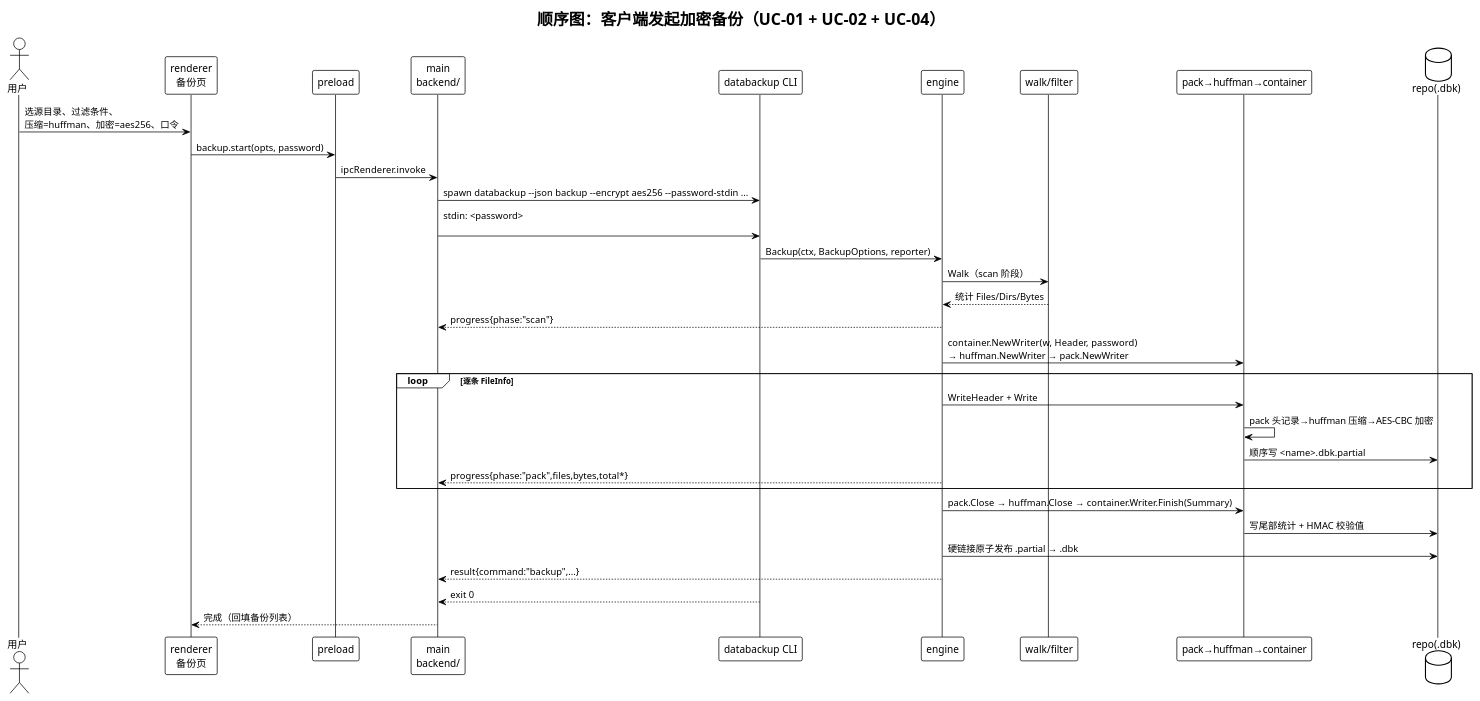
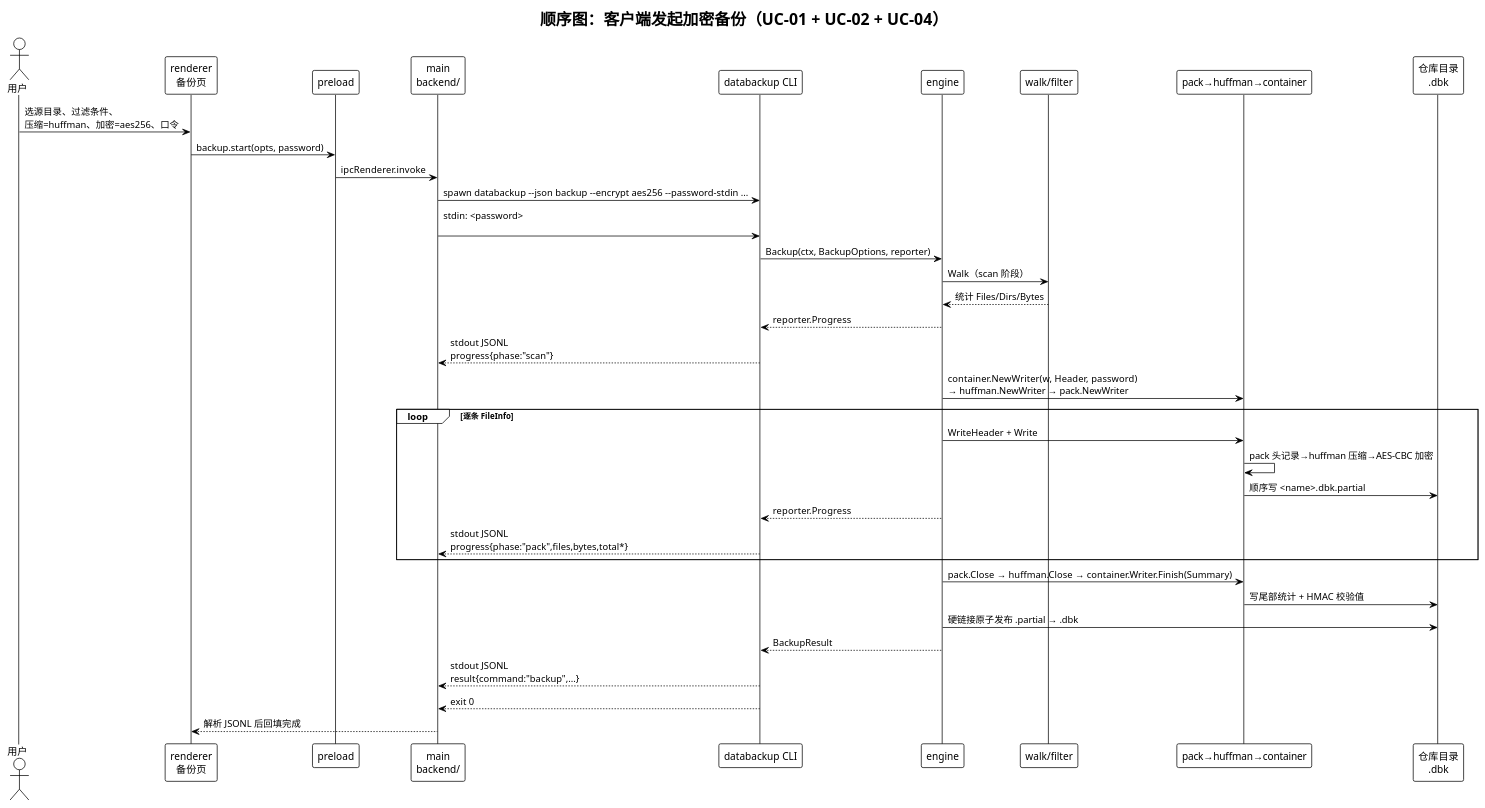
Before and after one commit to Piaoxuemoli/software-class-qoobeewang: the diagram in docs/deliverables/diagrams/seq-backup.puml, drawn with PlantUML. The commit also changed 26 other files, not shown here.

```diff
--- a/docs/deliverables/diagrams/seq-backup.puml
+++ b/docs/deliverables/diagrams/seq-backup.puml
@@ -1,37 +1,40 @@
 @startuml seq-backup
 !theme plain
 title 顺序图：客户端发起加密备份（UC-01 + UC-02 + UC-04）
 
 actor 用户 as U
 participant "renderer\n备份页" as R
 participant "preload" as P
 participant "main\nbackend/" as M
 participant "databackup CLI" as C
 participant "engine" as E
 participant "walk/filter" as W
 participant "pack→huffman→container" as D
-database "repo(.dbk)" as RE
+participant "仓库目录\n.dbk" as RE
 
 U -> R : 选源目录、过滤条件、\n压缩=huffman、加密=aes256、口令
 R -> P : backup.start(opts, password)
 P -> M : ipcRenderer.invoke
 M -> C : spawn databackup ~--json backup ~--encrypt aes256 ~--password-stdin ...
 M -> C : stdin: <password>\n
 C -> E : Backup(ctx, BackupOptions, reporter)
 E -> W : Walk（scan 阶段）
 W --> E : 统计 Files/Dirs/Bytes
-E --> M : progress{phase:"scan"}
+E --> C : reporter.Progress
+C --> M : stdout JSONL\nprogress{phase:"scan"}
 E -> D : container.NewWriter(w, Header, password)\n→ huffman.NewWriter → pack.NewWriter
 loop 逐条 FileInfo
   E -> D : WriteHeader + Write
   D -> D : pack 头记录→huffman 压缩→AES-CBC 加密
   D -> RE : 顺序写 <name>.dbk.partial
-  E --> M : progress{phase:"pack",files,bytes,total*}
+  E --> C : reporter.Progress
+  C --> M : stdout JSONL\nprogress{phase:"pack",files,bytes,total*}
 end
 E -> D : pack.Close → huffman.Close → container.Writer.Finish(Summary)
 D -> RE : 写尾部统计 + HMAC 校验值
 E -> RE : 硬链接原子发布 .partial → .dbk
-E --> M : result{command:"backup",...}
+E --> C : BackupResult
+C --> M : stdout JSONL\nresult{command:"backup",...}
 C --> M : exit 0
-M --> R : 完成（回填备份列表）
+M --> R : 解析 JSONL 后回填完成
 @enduml
```
